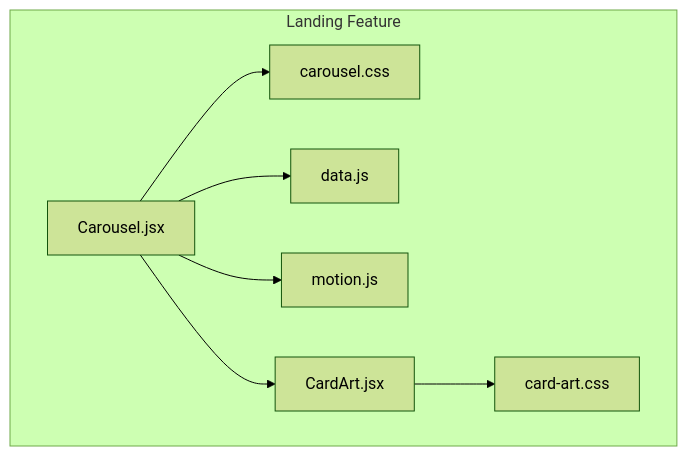
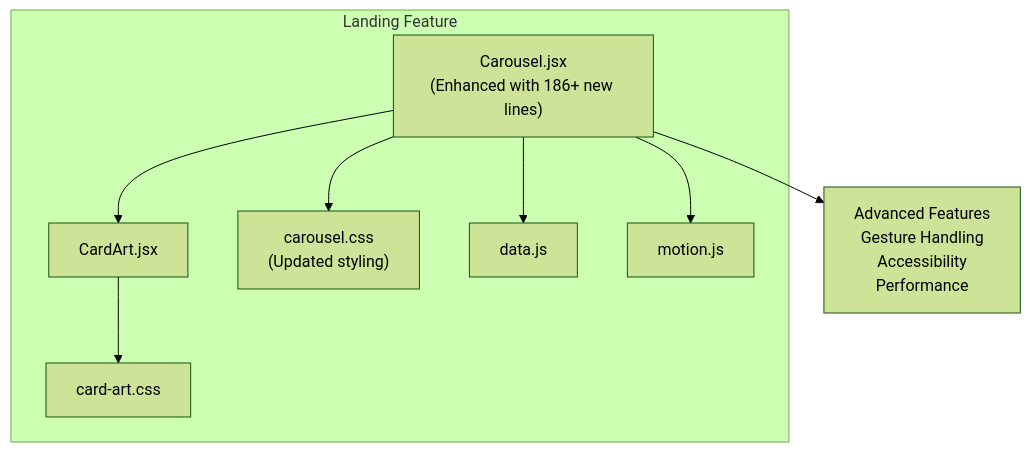
The first of 3 diagrams in .qoder/repowiki/en/content/Component Architecture/Landing Page Components/Carousel Components.md (Theja4/podiummomentum), drawn with Mermaid (forest theme) before and after one commit. The commit also changed other lines of this file and 22 other files, not shown here.

````diff
--- a/.qoder/repowiki/en/content/Component Architecture/Landing Page Components/Carousel Components.md
+++ b/.qoder/repowiki/en/content/Component Architecture/Landing Page Components/Carousel Components.md
@@ -42,16 +45,17 @@
 ```mermaid
 graph TB
 subgraph "Landing Feature"
-CJSX["Carousel.jsx"]
+CJSX["Carousel.jsx<br/>(Enhanced with 186+ new lines)"]
 CAJSX["CardArt.jsx"]
-CCSS["carousel.css"]
+CCSS["carousel.css<br/>(Updated styling)"]
 CACSS["card-art.css"]
 DATA["data.js"]
 MOTION["motion.js"]
 end
 CJSX --> CCSS
 CJSX --> DATA
 CJSX --> MOTION
 CAJSX --> CACSS
 CJSX --> CAJSX
+CJSX --> ADVANCED["Advanced Features<br/>Gesture Handling<br/>Accessibility<br/>Performance"]
 ```
````
